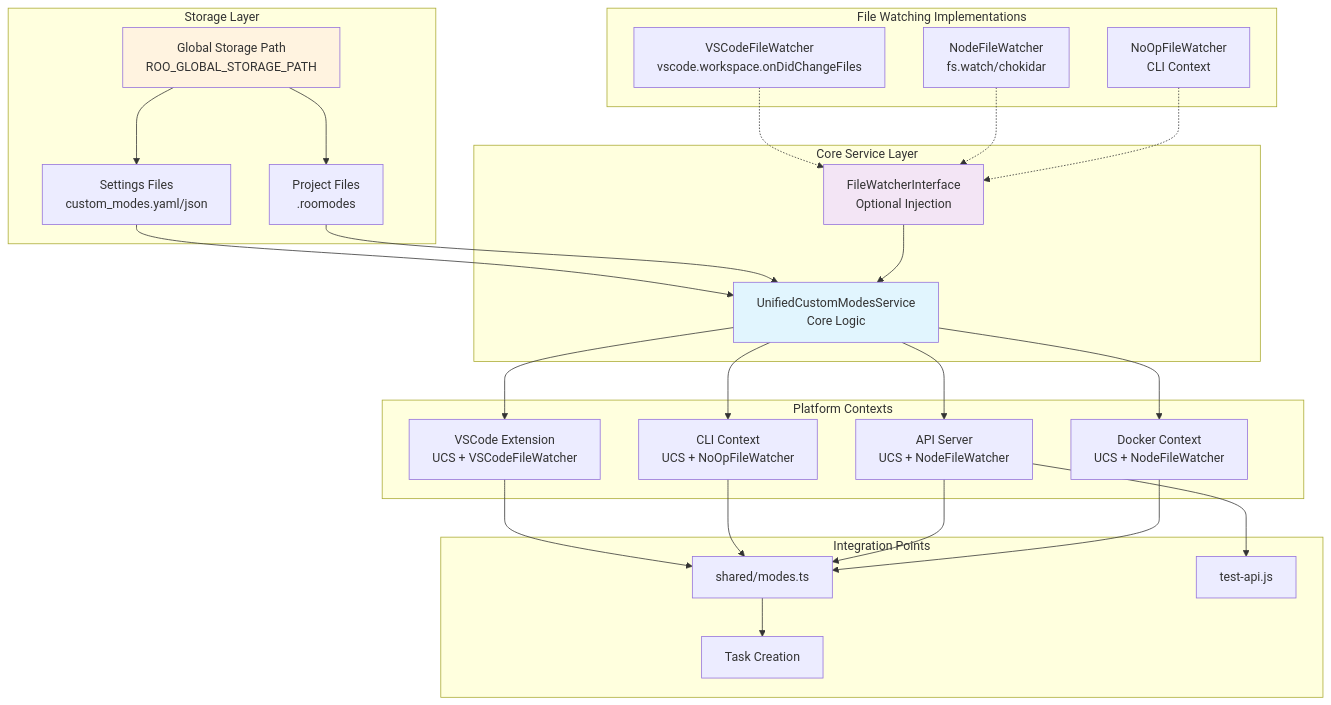
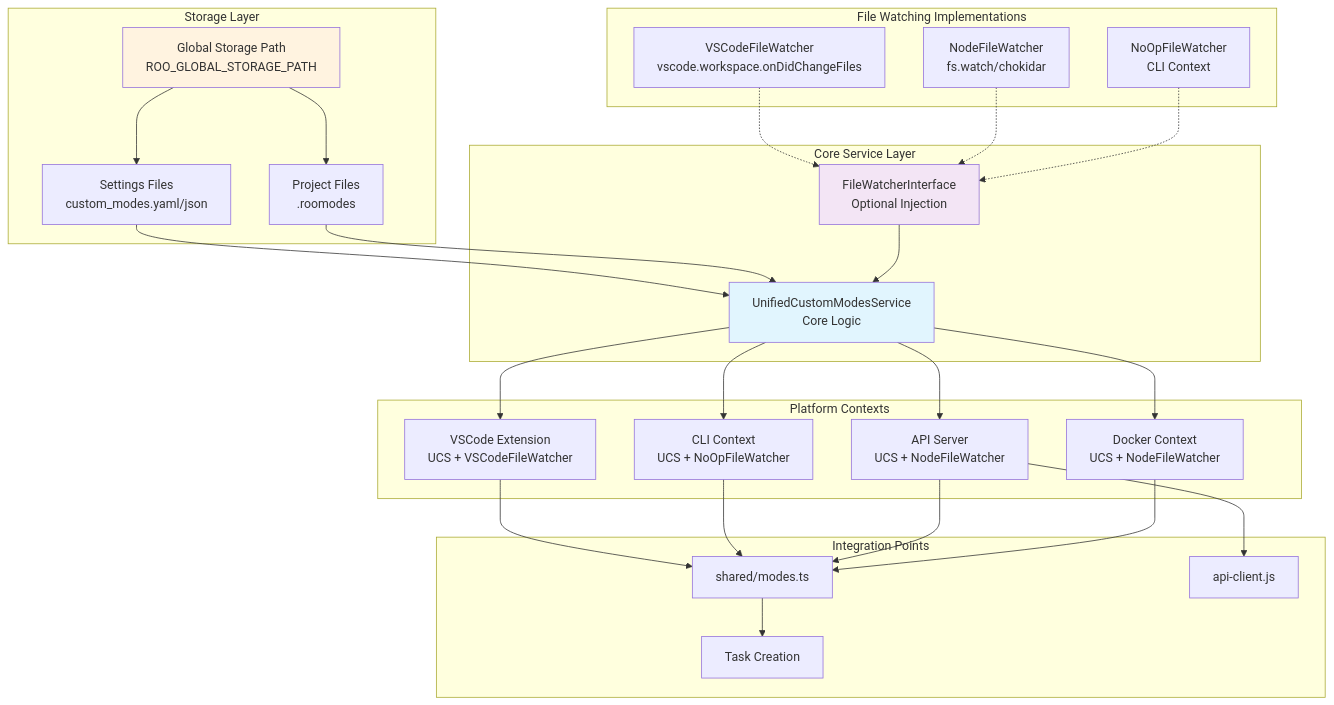
The diagram in docs/technical/unified-custom-modes-architecture.md (sakamotopaya/code-agent), drawn with Mermaid before and after one commit. The commit also changed other lines of this file and 54 other files, not shown here.

Commit message:
rename test-api.js to api-client.js

````diff
--- a/docs/technical/unified-custom-modes-architecture.md
+++ b/docs/technical/unified-custom-modes-architecture.md
@@ -33,59 +33,59 @@
 ```mermaid
 graph TB
     subgraph "Storage Layer"
         GS[Global Storage Path<br/>ROO_GLOBAL_STORAGE_PATH]
         SF[Settings Files<br/>custom_modes.yaml/json]
         PF[Project Files<br/>.roomodes]
     end
 
     subgraph "Core Service Layer"
         UCS[UnifiedCustomModesService<br/>Core Logic]
         FWI[FileWatcherInterface<br/>Optional Injection]
     end
 
     subgraph "File Watching Implementations"
         VSCFW[VSCodeFileWatcher<br/>vscode.workspace.onDidChangeFiles]
         APIFW[NodeFileWatcher<br/>fs.watch/chokidar]
         NOFW[NoOpFileWatcher<br/>CLI Context]
     end
 
     subgraph "Platform Contexts"
         VSC[VSCode Extension<br/>UCS + VSCodeFileWatcher]
         CLI[CLI Context<br/>UCS + NoOpFileWatcher]
         API[API Server<br/>UCS + NodeFileWatcher]
         DOC[Docker Context<br/>UCS + NodeFileWatcher]
     end
 
     subgraph "Integration Points"
         SM[shared/modes.ts]
         TASK[Task Creation]
-        TEST[test-api.js]
+        TEST[api-client.js]
     end
 
     GS --> SF
     GS --> PF
     SF --> UCS
     PF --> UCS
 
     FWI --> UCS
     VSCFW -.-> FWI
     APIFW -.-> FWI
     NOFW -.-> FWI
 
     UCS --> VSC
     UCS --> CLI
     UCS --> API
     UCS --> DOC
 
     VSC --> SM
     CLI --> SM
     API --> SM
     DOC --> SM
 
     SM --> TASK
     API --> TEST
 
     style UCS fill:#e1f5fe
     style FWI fill:#f3e5f5
     style GS fill:#fff3e0
 ```
````
